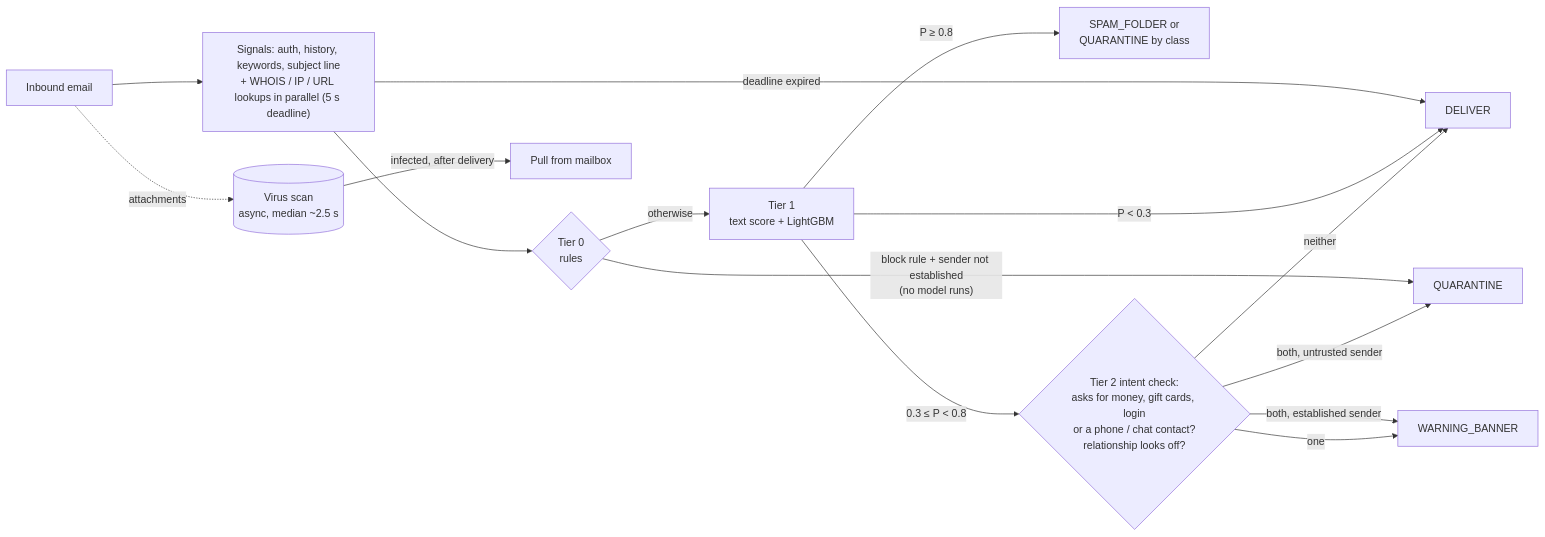
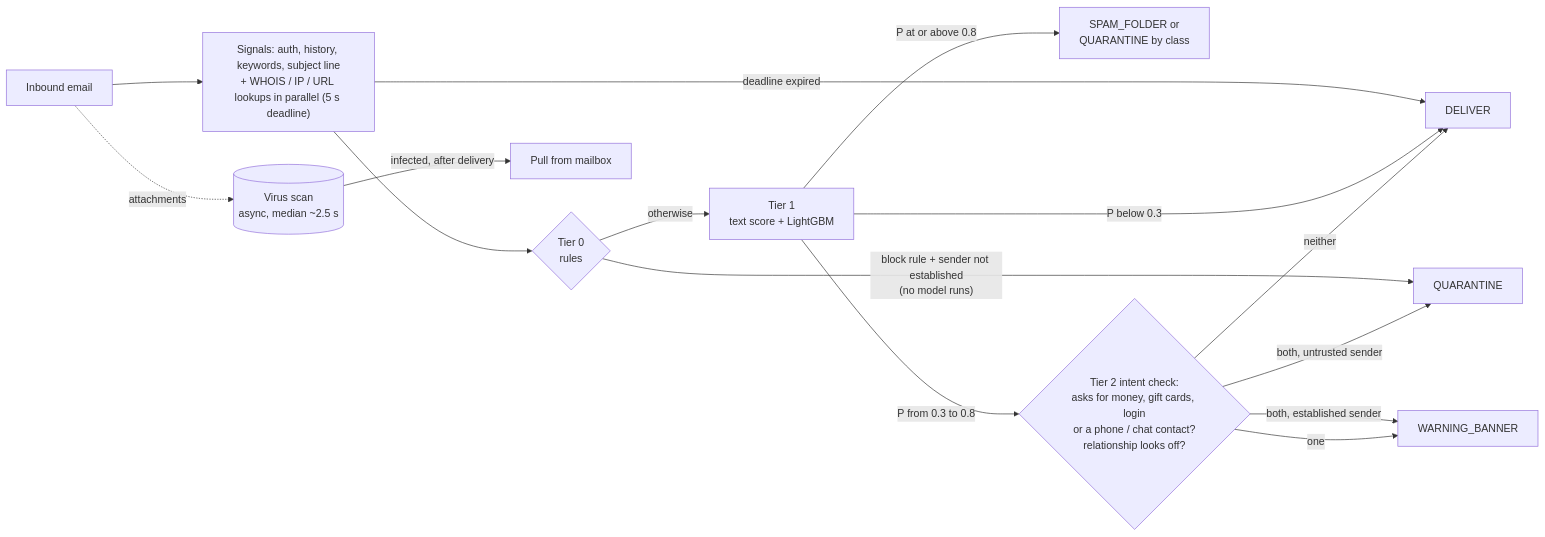
One commit to Prateek0017/Spam-filter changed the diagram in README.md. Above: the diagram before and after it, drawn with Mermaid. The commit also changed other lines of this file and 1 other file, not shown here.

````diff
--- a/README.md
+++ b/README.md
@@ -88,17 +66,17 @@
 ```mermaid
 flowchart LR
     A[Inbound email] --> S["Signals: auth, history, keywords, subject line<br/>+ WHOIS / IP / URL lookups in parallel (5 s deadline)"]
     A -. attachments .-> V[(Virus scan<br/>async, median ~2.5 s)]
     S -- "deadline expired" --> D[DELIVER]
     S --> R{Tier 0<br/>rules}
     R -- "block rule + sender not established<br/>(no model runs)" --> Q[QUARANTINE]
     R -- otherwise --> M[Tier 1<br/>text score + LightGBM]
-    M -- "P < 0.3" --> D
-    M -- "P ≥ 0.8" --> X[SPAM_FOLDER or<br/>QUARANTINE by class]
-    M -- "0.3 ≤ P < 0.8" --> I{"Tier 2 intent check:<br/>asks for money, gift cards, login<br/>or a phone / chat contact?<br/>relationship looks off?"}
+    M -- "P below 0.3" --> D
+    M -- "P at or above 0.8" --> X[SPAM_FOLDER or<br/>QUARANTINE by class]
+    M -- "P from 0.3 to 0.8" --> I{"Tier 2 intent check:<br/>asks for money, gift cards, login<br/>or a phone / chat contact?<br/>relationship looks off?"}
     I -- "both, untrusted sender" --> Q
     I -- "both, established sender" --> B
     I -- one --> B[WARNING_BANNER]
     I -- neither --> D
     V -- "infected, after delivery" --> P[Pull from mailbox]
 ```
````
